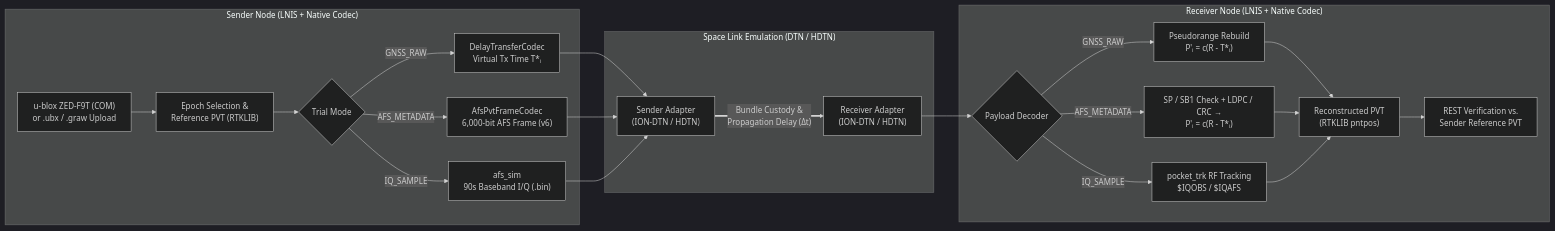
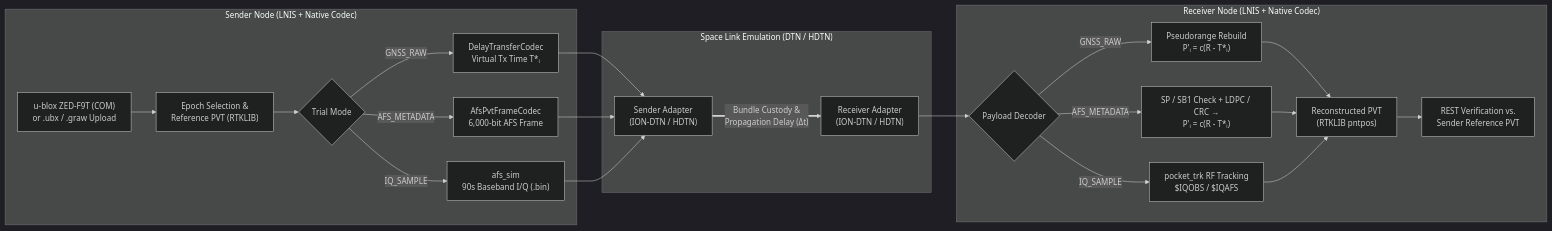
One commit to kjsu1994/imt-lnis changed the diagram in README.md. Above: the diagram before and after it, drawn with Mermaid (dark theme). The commit also changed other lines of this file and 53 other files, not shown here.

````diff
--- a/README.md
+++ b/README.md
@@ -59,24 +59,24 @@
 ```mermaid
 flowchart LR
   subgraph Sender["Sender Node (LNIS + Native Codec)"]
     A["u-blox ZED-F9T (COM)<br/>or .ubx / .graw Upload"] --> B["Epoch Selection &<br/>Reference PVT (RTKLIB)"]
     B --> C{"Trial Mode"}
     C -->|GNSS_RAW| D1["DelayTransferCodec<br/>Virtual Tx Time T*ᵢ"]
-    C -->|AFS_METADATA| D2["AfsPvtFrameCodec<br/>6,000-bit AFS Frame (v6)"]
+    C -->|AFS_METADATA| D2["AfsPvtFrameCodec<br/>6,000-bit AFS Frame"]
     C -->|IQ_SAMPLE| D3["afs_sim<br/>90s Baseband I/Q (.bin)"]
   end
 
   subgraph Network["Space Link Emulation (DTN / HDTN)"]
     D1 & D2 & D3 --> E["Sender Adapter<br/>(ION-DTN / HDTN)"]
     E ==>|"Bundle Custody &<br/>Propagation Delay (Δt)"| F["Receiver Adapter<br/>(ION-DTN / HDTN)"]
   end
 
   subgraph Receiver["Receiver Node (LNIS + Native Codec)"]
     F --> G{"Payload Decoder"}
     G -->|GNSS_RAW| H1["Pseudorange Rebuild<br/>P'ᵢ = c(R - T*ᵢ)"]
     G -->|AFS_METADATA| H2["SP / SB1 Check + LDPC / CRC →<br/>P'ᵢ = c(R - T*ᵢ)"]
     G -->|IQ_SAMPLE| H3["pocket_trk RF Tracking<br/>$IQOBS / $IQAFS"]
     H1 & H2 & H3 --> I["Reconstructed PVT<br/>(RTKLIB pntpos)"]
     I --> J["REST Verification vs.<br/>Sender Reference PVT"]
   end
 ```
````
